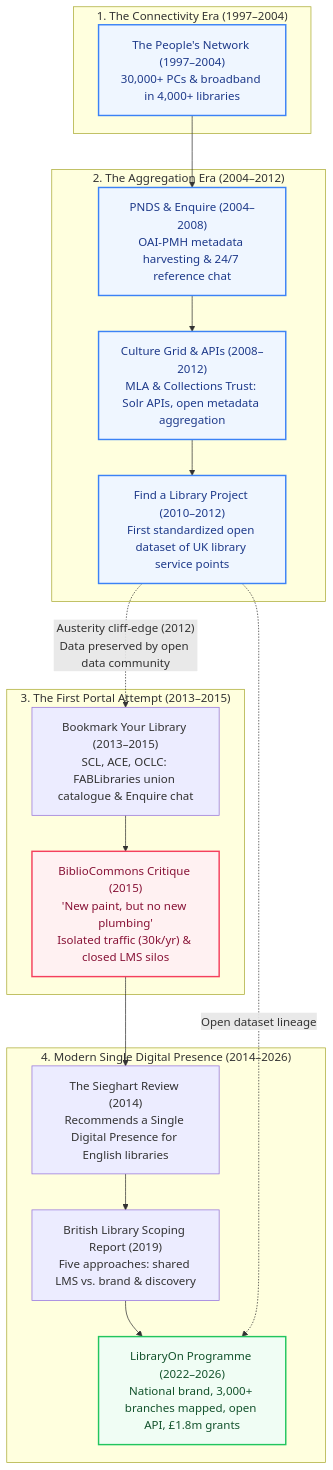
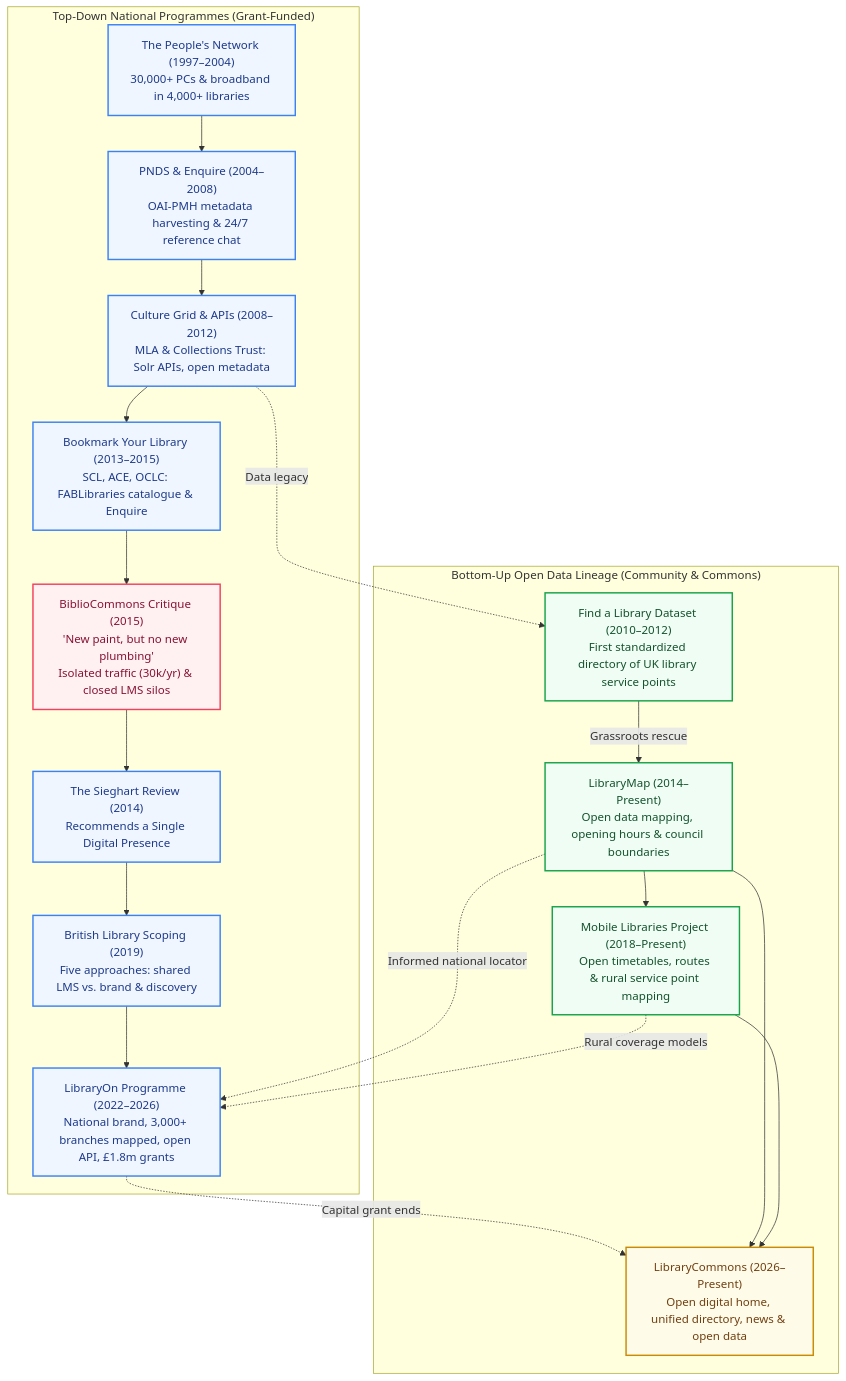
One commit to LibrariesHacked/uk-public-library-policy-archive changed the diagram in docs/blog-single-digital-presence-history.md. Above: the diagram before and after it, drawn with Mermaid. The commit also changed other lines of this file, not shown here.

Commit message:
Expand blog with Find a Library, LibraryMap, Mobile Libraries, and LibraryCommons

````diff
--- a/docs/blog-single-digital-presence-history.md
+++ b/docs/blog-single-digital-presence-history.md
@@ -25,41 +26,40 @@
 ```mermaid
 flowchart TD
-    subgraph ERA1 ["1. The Connectivity Era (1997–2004)"]
+    subgraph TOPDOWN ["Top-Down National Programmes (Grant-Funded)"]
         PN["The People's Network (1997–2004)<br/>30,000+ PCs & broadband in 4,000+ libraries"]
+        PNDS["PNDS & Enquire (2004–2008)<br/>OAI-PMH metadata harvesting & 24/7 reference chat"]
+        CG["Culture Grid & APIs (2008–2012)<br/>MLA & Collections Trust: Solr APIs, open metadata"]
+        BYL["Bookmark Your Library (2013–2015)<br/>SCL, ACE, OCLC: FABLibraries catalogue & Enquire"]
+        FAIL["BiblioCommons Critique (2015)<br/>'New paint, but no new plumbing'<br/>Isolated traffic (30k/yr) & closed LMS silos"]
+        SR["The Sieghart Review (2014)<br/>Recommends a Single Digital Presence"]
+        BL5["British Library Scoping (2019)<br/>Five approaches: shared LMS vs. brand & discovery"]
+        LON["LibraryOn Programme (2022–2026)<br/>National brand, 3,000+ branches mapped, open API, £1.8m grants"]
     end
 
-    subgraph ERA2 ["2. The Aggregation Era (2004–2012)"]
-        PNDS["PNDS & Enquire (2004–2008)<br/>OAI-PMH metadata harvesting & 24/7 reference chat"]
-        CG["Culture Grid & APIs (2008–2012)<br/>MLA & Collections Trust: Solr APIs, open metadata aggregation"]
-        FAL["Find a Library Project (2010–2012)<br/>First standardized open dataset of UK library service points"]
-        PNDS --> CG
-        CG --> FAL
+    subgraph OPENDATA ["Bottom-Up Open Data Lineage (Community & Commons)"]
+        FAL["Find a Library Dataset (2010–2012)<br/>First standardized directory of UK library service points"]
+        LMAP["LibraryMap (2014–Present)<br/>Open data mapping, opening hours & council boundaries"]
+        MOBLIB["Mobile Libraries Project (2018–Present)<br/>Open timetables, routes & rural service point mapping"]
+        LC["LibraryCommons (2026–Present)<br/>Open digital home, unified directory, news & open data"]
     end
 
-    subgraph ERA3 ["3. The First Portal Attempt (2013–2015)"]
-        BYL["Bookmark Your Library (2013–2015)<br/>SCL, ACE, OCLC: FABLibraries union catalogue & Enquire chat"]
-        FAIL["BiblioCommons Critique (2015)<br/>'New paint, but no new plumbing'<br/>Isolated traffic (30k/yr) & closed LMS silos"]
-        BYL --> FAIL
-    end
+    PN --> PNDS --> CG --> BYL --> FAIL --> SR --> BL5 --> LON
+    CG -.->|"Data legacy"| FAL
+    FAL -->|"Grassroots rescue"| LMAP
+    LMAP --> MOBLIB
+    LMAP -.->|"Informed national locator"| LON
+    MOBLIB -.->|"Rural coverage models"| LON
+    LON -.->|"Capital grant ends"| LC
+    LMAP --> LC
+    MOBLIB --> LC
 
-    subgraph ERA4 ["4. Modern Single Digital Presence (2014–2026)"]
-        SR["The Sieghart Review (2014)<br/>Recommends a Single Digital Presence for English libraries"]
-        BL5["British Library Scoping Report (2019)<br/>Five approaches: shared LMS vs. brand & discovery"]
-        LON["LibraryOn Programme (2022–2026)<br/>National brand, 3,000+ branches mapped, open API, £1.8m grants"]
-        SR --> BL5 --> LON
-    end
+    classDef top fill:#eff6ff,stroke:#3b82f6,stroke-width:2px,color:#1e3a8a;
+    classDef critique fill:#fff1f2,stroke:#f43f5e,stroke-width:2px,color:#881337;
+    classDef open fill:#f0fdf4,stroke:#16a34a,stroke-width:2px,color:#14532d;
+    classDef commons fill:#fefce8,stroke:#ca8a04,stroke-width:2px,color:#713f12;
 
-    PN --> PNDS
-    FAL -.->|"Austerity cliff-edge (2012)<br/>Data preserved by open data community"| BYL
-    FAIL --> SR
-    FAL -.->|"Open dataset lineage"| LON
-
-    classDef era fill:#f8f9fa,stroke:#cbd5e1,stroke-width:1px,color:#0f172a;
-    classDef highlight fill:#eff6ff,stroke:#3b82f6,stroke-width:2px,color:#1e3a8a;
-    classDef warning fill:#fff1f2,stroke:#f43f5e,stroke-width:2px,color:#881337;
-    classDef success fill:#f0fdf4,stroke:#22c55e,stroke-width:2px,color:#14532d;
-
-    class PN,PNDS,CG,FAL highlight;
-    class FAIL warning;
-    class LON success;
+    class PN,PNDS,CG,BYL,SR,BL5,LON top;
+    class FAIL critique;
+    class FAL,LMAP,MOBLIB open;
+    class LC commons;
 ```
````
